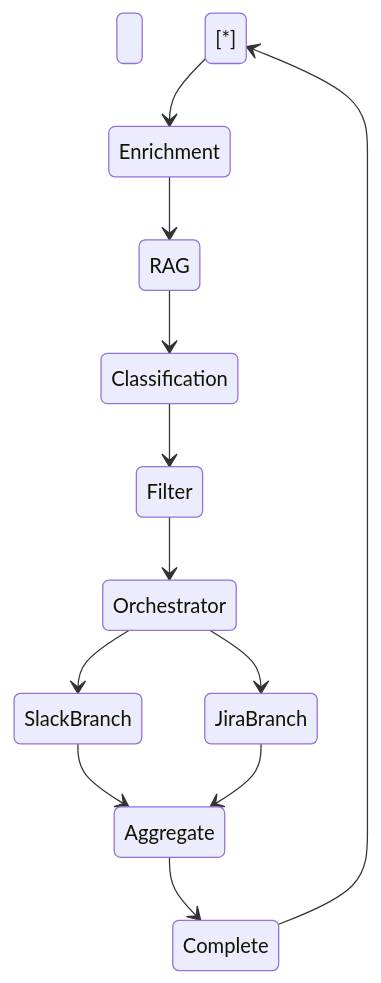
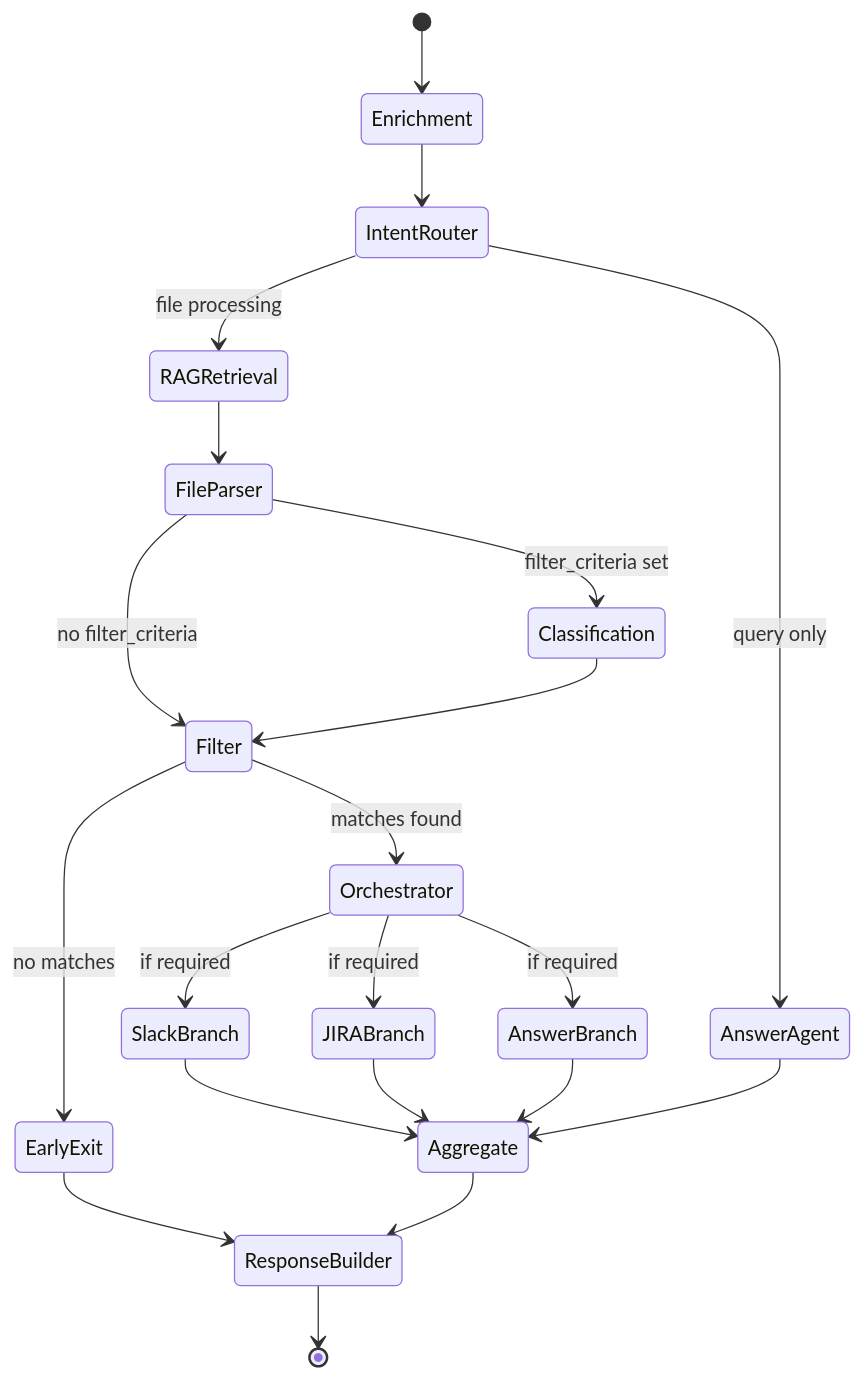
One commit to ethan-tran-mfv/aiagt-precision-triage changed the ninth of 13 diagrams in docs/diagram.md. Above: the diagram before and after it, drawn with Mermaid. The commit also changed other lines of this file and 19 other files, not shown here.

````diff
--- a/docs/diagram.md
+++ b/docs/diagram.md
@@ -427,27 +247,23 @@
 ```mermaid
-
 stateDiagram-v2
-
-&nbsp;   \[\*] --> Enrichment
-
-&nbsp;   Enrichment --> RAG
-
-&nbsp;   RAG --> Classification
-
-&nbsp;   Classification --> Filter
-
-&nbsp;   Filter --> Orchestrator
-
-&nbsp;   Orchestrator --> SlackBranch
-
-&nbsp;   Orchestrator --> JiraBranch
-
-&nbsp;   SlackBranch --> Aggregate
-
-&nbsp;   JiraBranch --> Aggregate
-
-&nbsp;   Aggregate --> Complete
-
-&nbsp;   Complete --> \[\*]
-
+    [*] --> Enrichment
+    Enrichment --> IntentRouter
+    IntentRouter --> AnswerAgent : query only
+    IntentRouter --> RAGRetrieval : file processing
+    RAGRetrieval --> FileParser
+    FileParser --> Classification : filter_criteria set
+    FileParser --> Filter : no filter_criteria
+    Classification --> Filter
+    Filter --> EarlyExit : no matches
+    Filter --> Orchestrator : matches found
+    Orchestrator --> SlackBranch : if required
+    Orchestrator --> JIRABranch : if required
+    Orchestrator --> AnswerBranch : if required
+    SlackBranch --> Aggregate
+    JIRABranch --> Aggregate
+    AnswerBranch --> Aggregate
+    AnswerAgent --> Aggregate
+    EarlyExit --> ResponseBuilder
+    Aggregate --> ResponseBuilder
+    ResponseBuilder --> [*]
 ```
````
